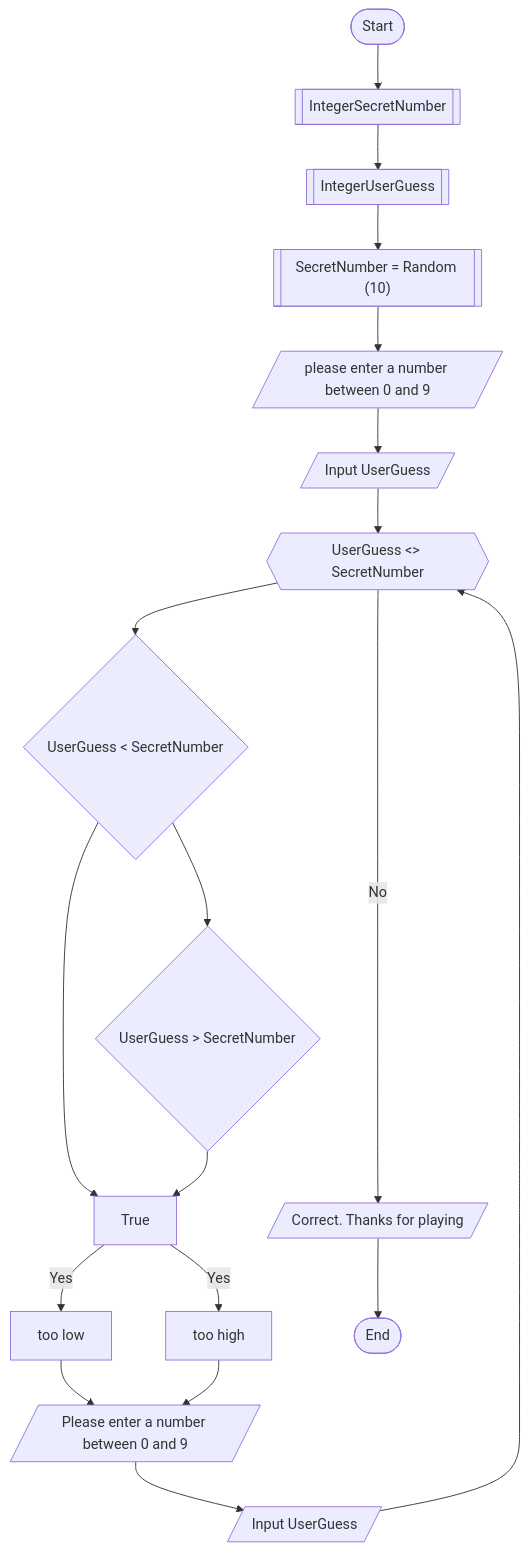
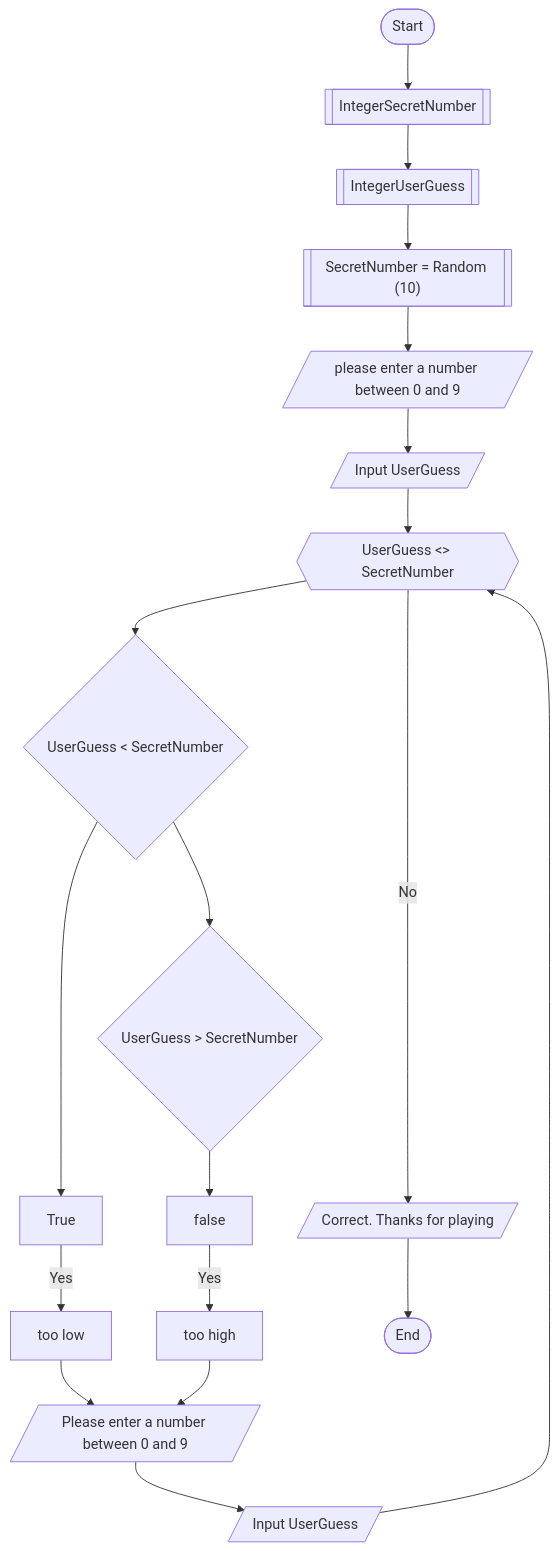
Before and after one commit to njedwards1872/njedwards1872.github.io: the diagram in Guessing.md, drawn with Mermaid.

````diff
--- a/Guessing.md
+++ b/Guessing.md
@@ -1,19 +1,19 @@
 ```mermaid
 flowchart TD
  Start([Start]) --> 
     A@{ shape: subproc, label: "IntegerSecretNumber" } -->
     B@{ shape: subproc, label: "IntegerUserGuess" } -->
     C@{ shape: subproc, label: "SecretNumber = Random (10)" } --> 
     D@{ shape: lean-r, label: "please enter a number between 0 and 9" } -->
     E@{ shape: lean-r, label: "Input UserGuess" } -->
     F@{ shape: hex, label: "UserGuess <> SecretNumber" }--> G{"UserGuess < SecretNumber"} -->
     True -- Yes --> I["too low"] -->N
     G{"UserGuess < SecretNumber"} -->K{"UserGuess > SecretNumber"} -->
-    True -- Yes --> M["too high"] -->N
+    false -- Yes --> M["too high"] -->N
     F ---->|No| P[End]
    
     N@{ shape: lean-r, label: "Please enter a number between 0 and 9" } --> O@{ shape: lean-r, label: "Input UserGuess" } -->F
     P@{ shape: lean-r, label: "Correct. Thanks for playing" } -->
 
  End([End])
 ```
````
